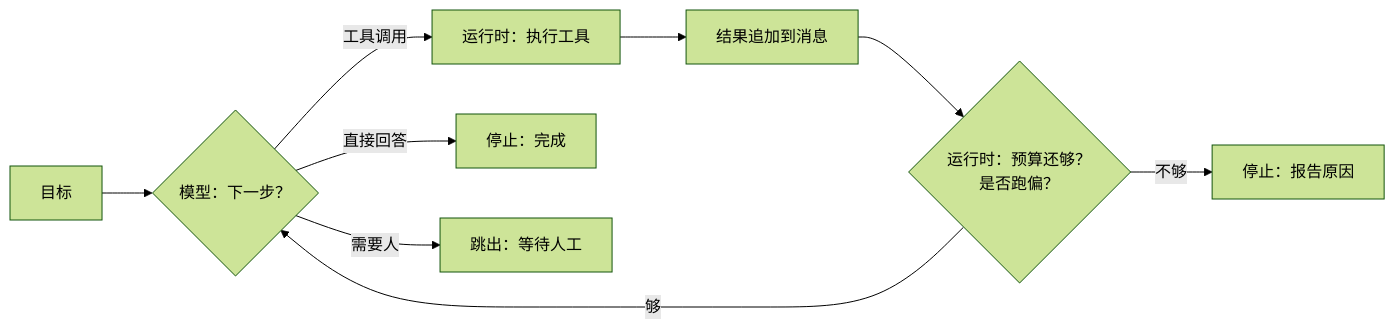
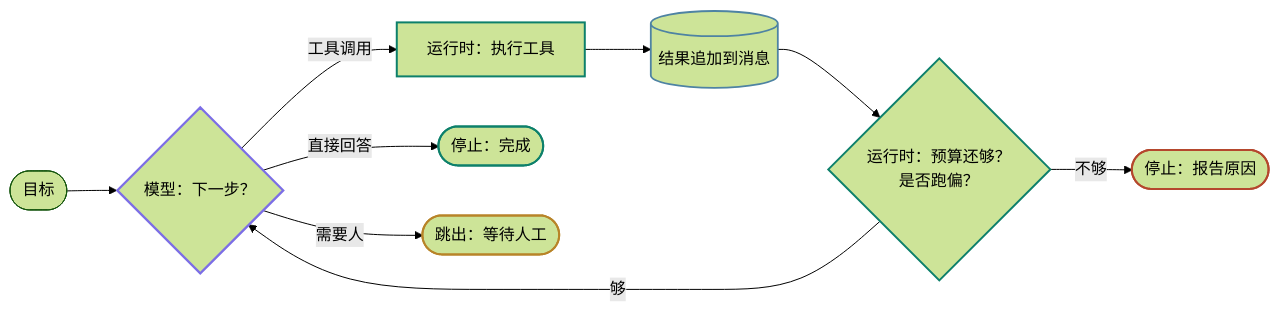
The diagram in lessons/agent-loop/README.md (lance2016/ai-app-engineering), drawn with Mermaid (forest theme) before and after one commit. The commit also changed 21 other files, not shown here.

````diff
--- a/lessons/agent-loop/README.md
+++ b/lessons/agent-loop/README.md
@@ -36,11 +36,22 @@
 ```mermaid
 flowchart LR
-    G[目标] --> D{模型：下一步？}
+    classDef model stroke:#7c6ee6,stroke-width:2.2px
+    classDef runtime stroke:#0d806b,stroke-width:2px
+    classDef data stroke:#4e83a3,stroke-width:1.8px
+    classDef human stroke:#b88428,stroke-width:2px
+    classDef risk stroke:#b5472d,stroke-width:2px
+    G([目标]) --> D{模型：下一步？}
     D -- 工具调用 --> A[运行时：执行工具]
-    A --> O[结果追加到消息]
+    A --> O[(结果追加到消息)]
     O --> B{运行时：预算还够？<br/>是否跑偏？}
     B -- 够 --> D
-    B -- 不够 --> S1[停止：报告原因]
-    D -- 直接回答 --> S2[停止：完成]
-    D -- 需要人 --> S3[跳出：等待人工]
+    B -- 不够 --> S1([停止：报告原因])
+    D -- 直接回答 --> S2([停止：完成])
+    D -- 需要人 --> S3([跳出：等待人工])
+    class D model
+    class A,B runtime
+    class O data
+    class S3 human
+    class S1 risk
+    class S2 runtime
 ```
````
